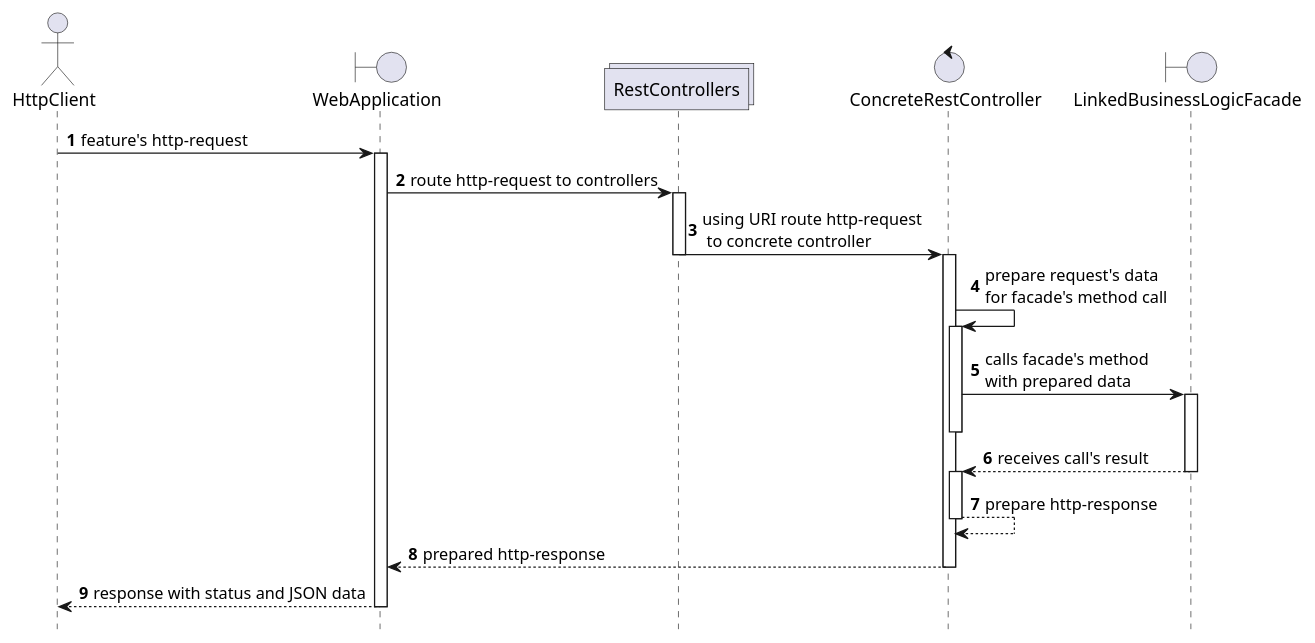
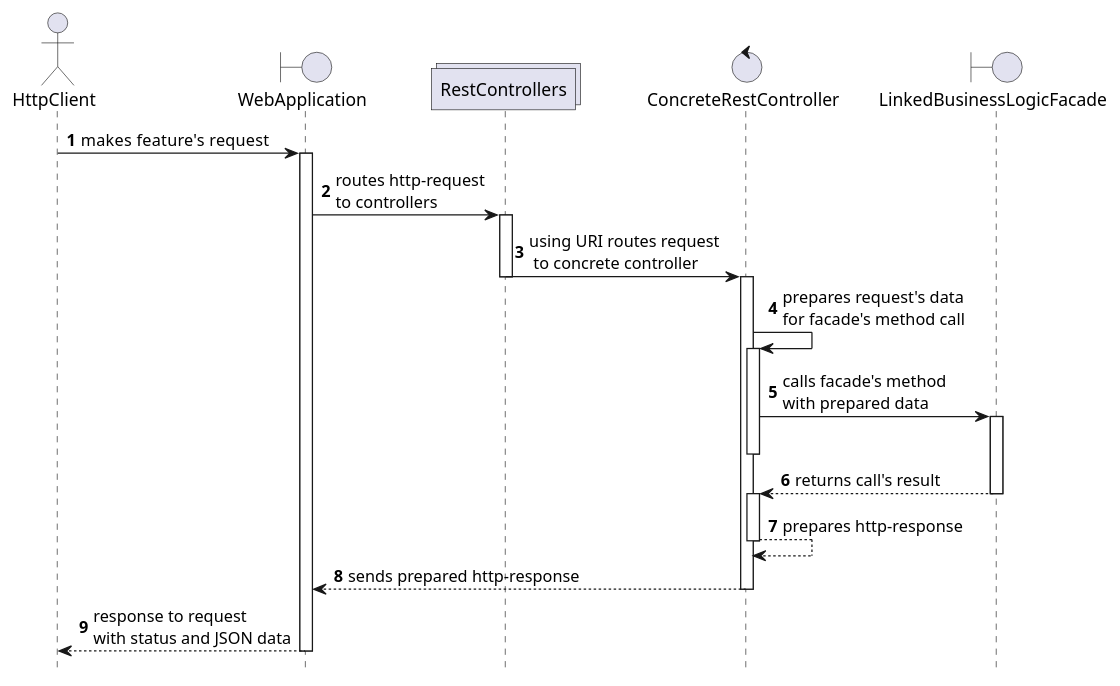
Before and after one commit to OlegSopilnyak/school-demo: the diagram in endpoint/diagrams/Endpoints Layer Sequence Diagram.puml, drawn with PlantUML. The commit also changed 1 other file, not shown here.

```diff
--- a/endpoint/diagrams/Endpoints Layer Sequence Diagram.puml
+++ b/endpoint/diagrams/Endpoints Layer Sequence Diagram.puml
@@ -1,33 +1,33 @@
 @startuml
 
 hide footbox
 autonumber
 actor HttpClient as client
 boundary WebApplication as gate
 collections RestControllers as controllers
 control ConcreteRestController as controller
 boundary LinkedBusinessLogicFacade as facade
 
-client -> gate: feature's http-request
+client -> gate: makes  feature's request
 activate gate
-gate -> controllers: route http-request to controllers
+gate -> controllers: routes http-request\nto controllers
 activate controllers
-controllers->controller: using URI route http-request\n to concrete controller
+controllers->controller: using URI routes request\n to concrete controller
 deactivate controllers
 activate controller
-controller->controller: prepare request's data\nfor facade's method call
+controller->controller: prepares request's data\nfor facade's method call
 activate controller
 controller->facade: calls facade's method\nwith prepared data
 activate facade
 deactivate controller
-facade-->controller: receives call's result
+facade-->controller: returns call's result
 deactivate facade
 activate controller
-controller--> controller: prepare http-response
+controller--> controller: prepares http-response
 deactivate controller
-controller-->gate : prepared http-response
+controller-->gate : sends prepared http-response
 deactivate controller
-gate --> client: response with status and JSON data
+gate --> client: response to request\nwith status and JSON data
 deactivate gate
 
 @enduml
```
